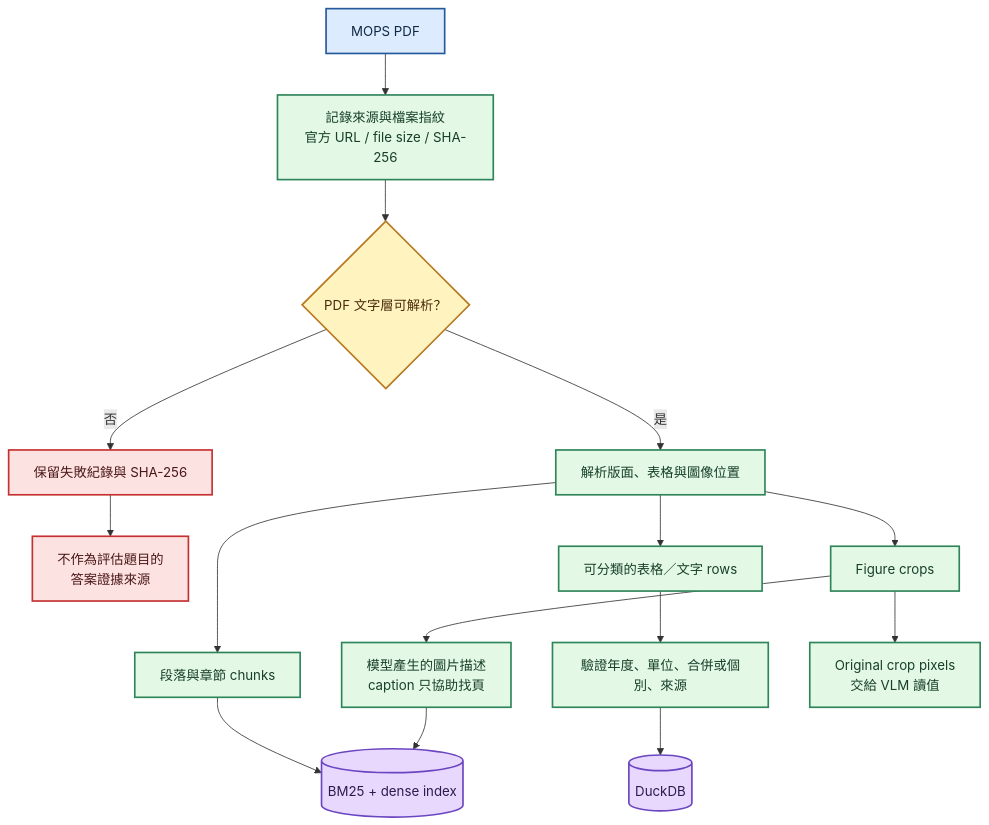
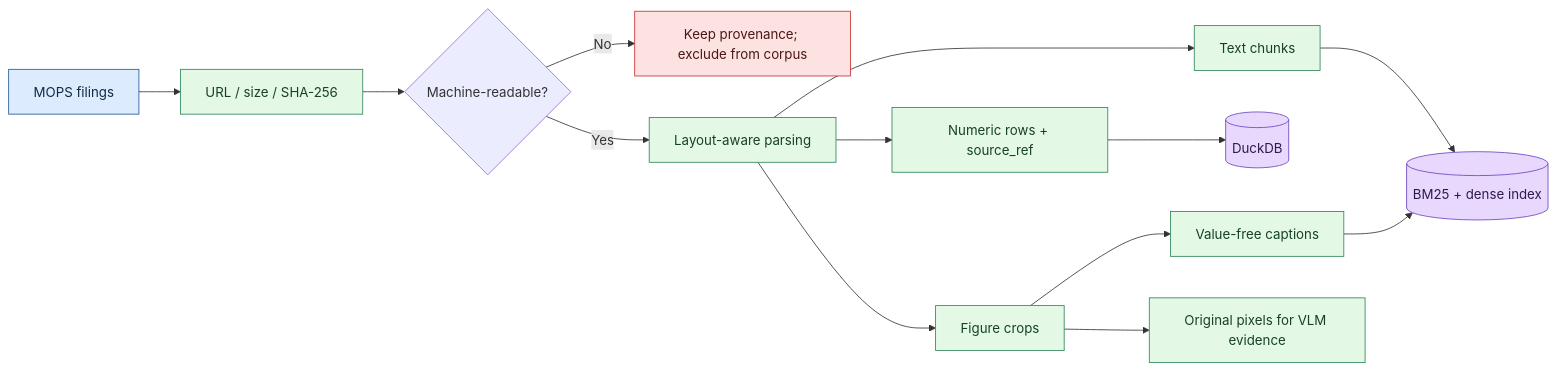
Before and after one commit to kuotunyu/tw-filing-intelligence: the first of 3 diagrams in README.md, drawn with Mermaid. The commit also changed other lines of this file and 26 other files, not shown here.

````diff
--- a/README.md
+++ b/README.md
@@ -39,29 +37,24 @@
 ```mermaid
-flowchart TD
-    PDF["MOPS PDF"] --> Record["記錄來源與檔案指紋<br/>官方 URL / file size / SHA-256"]
-    Record --> Readable{"PDF 文字層可解析？"}
-    Readable -->|"否"| Keep["保留失敗紀錄與 SHA-256"]
-    Keep --> Exclude["不作為評估題目的<br/>答案證據來源"]
-    Readable -->|"是"| Parse["解析版面、表格與圖像位置"]
-    Parse --> Chunks["段落與章節 chunks"]
-    Chunks --> Index[("BM25 + dense index")]
-    Parse --> Rows["可分類的表格／文字 rows"]
-    Rows --> Validate["驗證年度、單位、合併或個別、來源"]
-    Validate --> DB[("DuckDB")]
-    Parse --> Figures["Figure crops"]
-    Figures --> Caption["模型產生的圖片描述<br/>caption 只協助找頁"]
-    Caption --> Index
-    Figures --> Pixels["Original crop pixels<br/>交給 VLM 讀值"]
+flowchart LR
+    Filing["MOPS filings"] --> Manifest["URL / size / SHA-256"]
+    Manifest --> Readable{"Machine-readable?"}
+    Readable -->|"No"| Excluded["Keep provenance; exclude from corpus"]
+    Readable -->|"Yes"| Parse["Layout-aware parsing"]
+    Parse --> Text["Text chunks"]
+    Text --> Search[("BM25 + dense index")]
+    Parse --> Rows["Numeric rows + source_ref"]
+    Rows --> Numeric[("DuckDB")]
+    Parse --> Crops["Figure crops"]
+    Crops --> Caption["Value-free captions"]
+    Caption --> Search
+    Crops --> Pixels["Original pixels for VLM evidence"]
 
-    classDef source fill:#DDEBFF,stroke:#245A9A,stroke-width:2px,color:#102A43
-    classDef process fill:#E3F9E5,stroke:#2F855A,stroke-width:2px,color:#173F2A
-    classDef decision fill:#FFF3BF,stroke:#B7791F,stroke-width:2px,color:#4A2C0A
-    classDef store fill:#E9D8FD,stroke:#6B46C1,stroke-width:2px,color:#2D1B4E
-    classDef excluded fill:#FDE2E2,stroke:#C53030,stroke-width:2px,color:#4A1717
-
-    class PDF source
-    class Record,Parse,Chunks,Rows,Validate,Figures,Caption,Pixels process
-    class Readable decision
-    class Index,DB store
-    class Keep,Exclude excluded
+    classDef source fill:#DDEBFF,stroke:#245A9A,color:#102A43
+    classDef process fill:#E3F9E5,stroke:#2F855A,color:#173F2A
+    classDef store fill:#E9D8FD,stroke:#6B46C1,color:#2D1B4E
+    classDef excluded fill:#FDE2E2,stroke:#C53030,color:#4A1717
+    class Filing source
+    class Manifest,Parse,Text,Rows,Crops,Caption,Pixels process
+    class Search,Numeric store
+    class Excluded excluded
 ```
````
